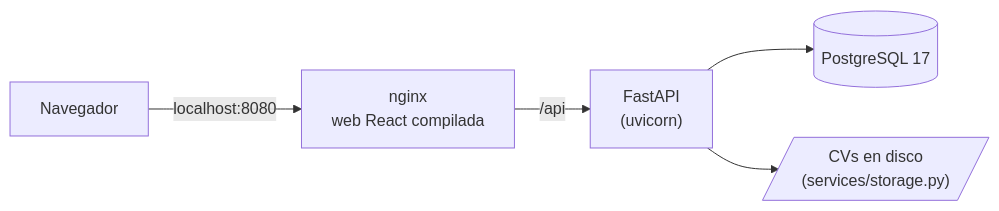
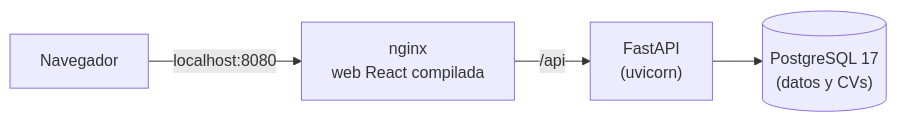
The diagram in README.md (Vicram4/cafe-sinnoh), drawn with Mermaid before and after one commit. The commit also changed other lines of this file and 4 other files, not shown here.

````diff
--- a/README.md
+++ b/README.md
@@ -39,7 +39,6 @@
 ```mermaid
 flowchart LR
     U[Navegador] -->|"localhost:8080"| N["nginx<br/>web React compilada"]
     N -->|"/api"| B["FastAPI<br/>(uvicorn)"]
-    B --> D[("PostgreSQL 17")]
-    B --> F[/"CVs en disco<br/>(services/storage.py)"/]
+    B --> D[("PostgreSQL 17<br/>(datos y CVs)")]
 ```
````
